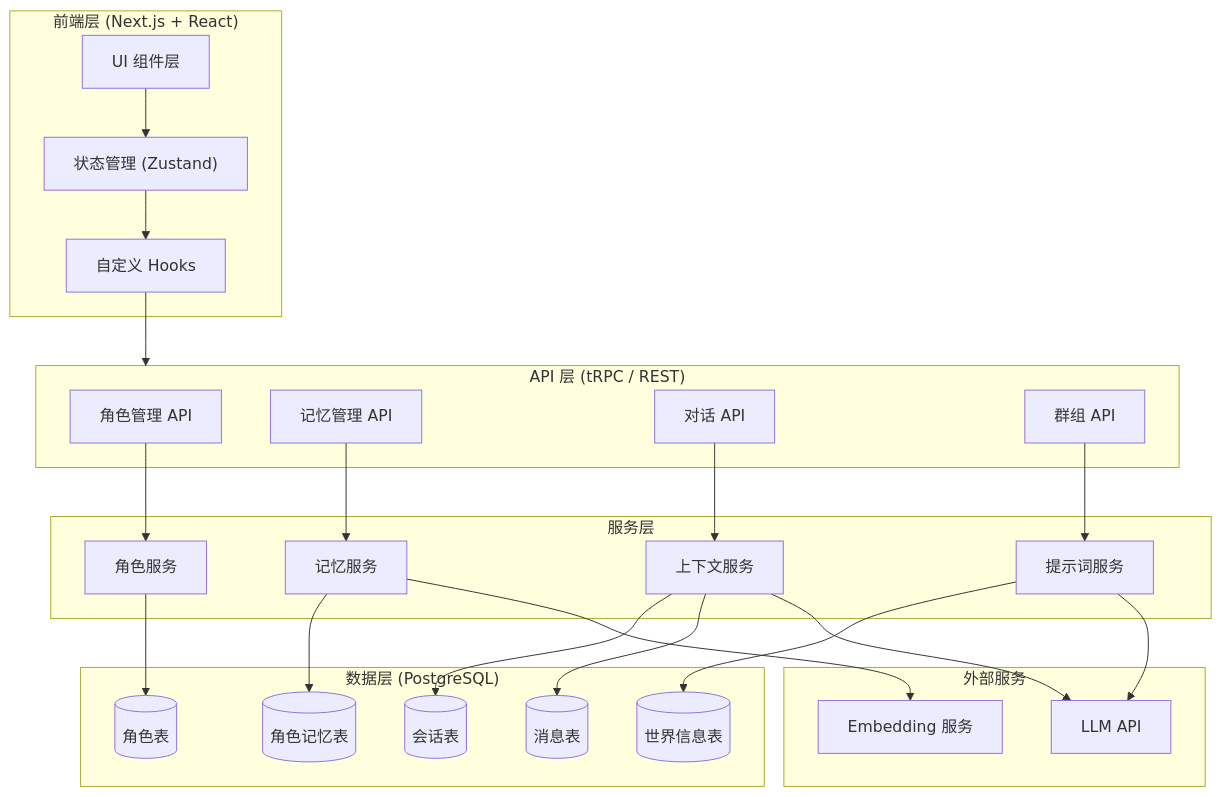
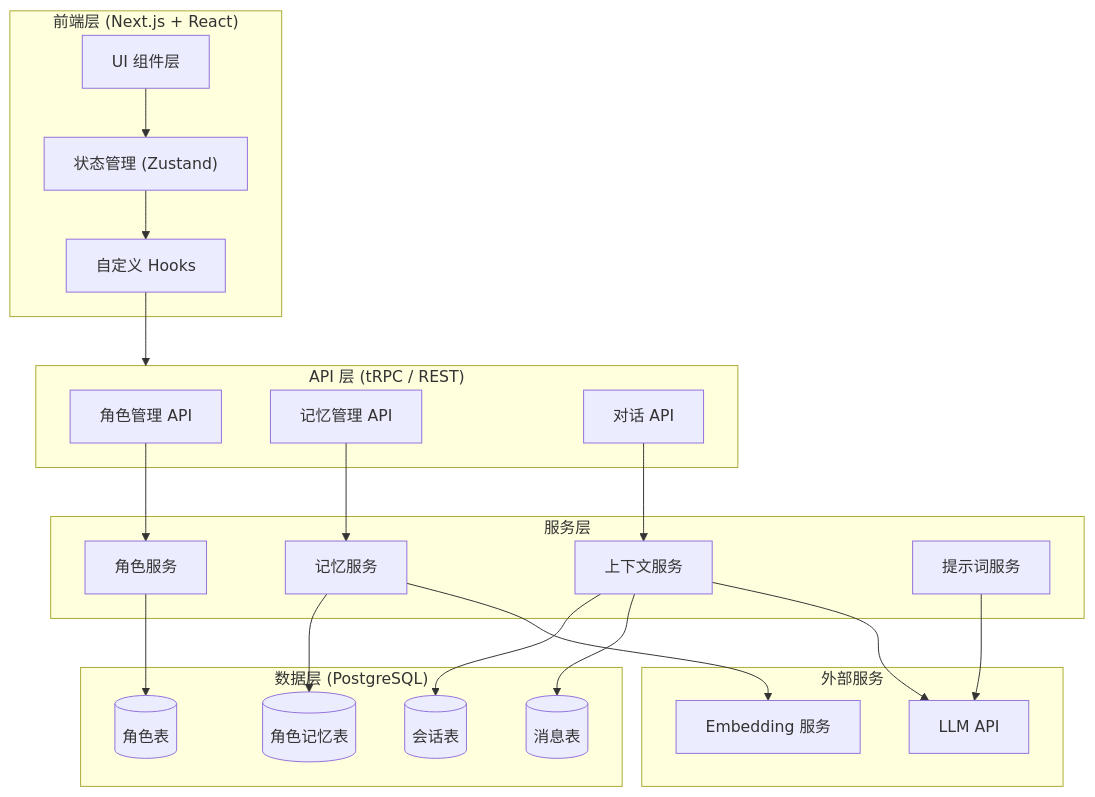
Before and after one commit to RudolphHuang/openclaw_doc: the first of 10 diagrams in bar/设计方案.md, drawn with Mermaid. The commit also changed other lines of this file and 3 other files, not shown here.

````diff
--- a/bar/设计方案.md
+++ b/bar/设计方案.md
@@ -40,54 +37,50 @@
 ```mermaid
 flowchart TB
     subgraph Frontend["前端层 (Next.js + React)"]
         UI["UI 组件层"]
         State["状态管理 (Zustand)"]
         Hooks["自定义 Hooks"]
     end
     
     subgraph API["API 层 (tRPC / REST)"]
         CharacterAPI["角色管理 API"]
         MemoryAPI["记忆管理 API"]
         ChatAPI["对话 API"]
-        GroupAPI["群组 API"]
     end
     
     subgraph Service["服务层"]
         CharacterService["角色服务"]
         MemoryService["记忆服务"]
         ContextService["上下文服务"]
         PromptService["提示词服务"]
     end
     
     subgraph Database["数据层 (PostgreSQL)"]
         CharacterDB[("角色表")]
         MemoryDB[("角色记忆表")]
         SessionDB[("会话表")]
         MessageDB[("消息表")]
-        WorldInfoDB[("世界信息表")]
     end
     
     subgraph External["外部服务"]
         LLM["LLM API"]
         Embedding["Embedding 服务"]
     end
     
     UI --> State
     State --> Hooks
     Hooks --> API
     
     CharacterAPI --> CharacterService
     MemoryAPI --> MemoryService
     ChatAPI --> ContextService
-    GroupAPI --> PromptService
     
     CharacterService --> CharacterDB
     MemoryService --> MemoryDB
     ContextService --> SessionDB
     ContextService --> MessageDB
-    PromptService --> WorldInfoDB
     
     MemoryService --> Embedding
     ContextService --> LLM
     PromptService --> LLM
 ```
````
